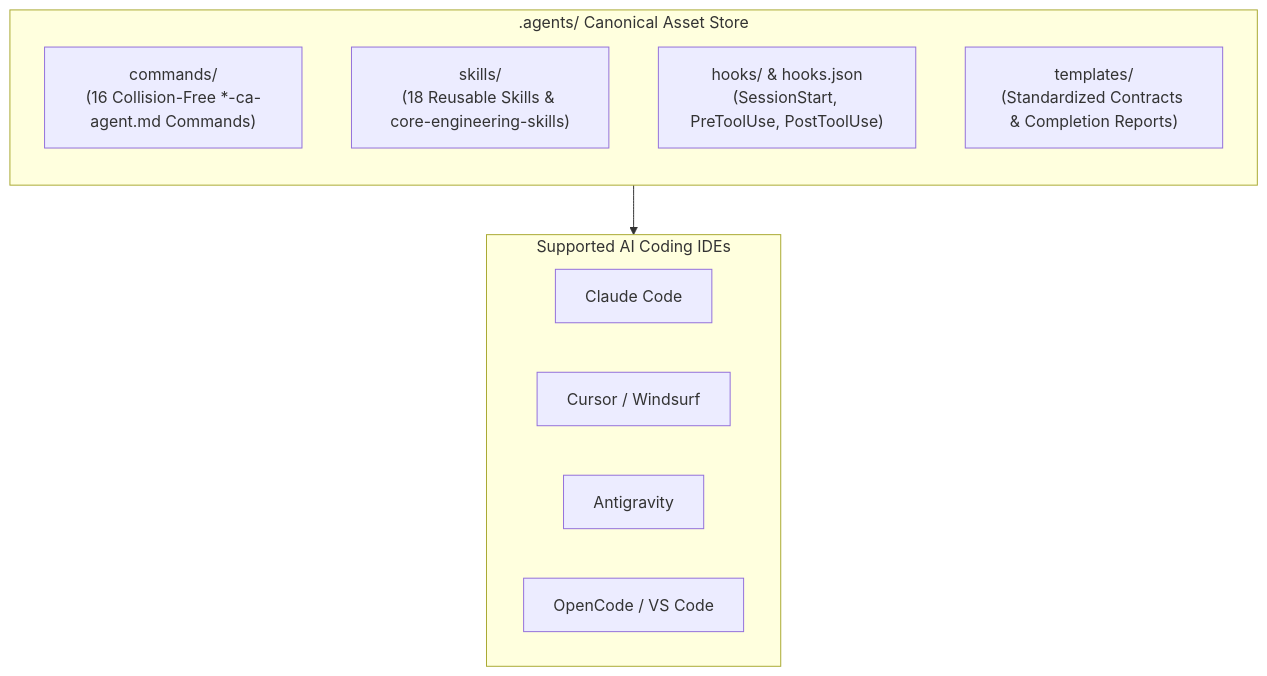
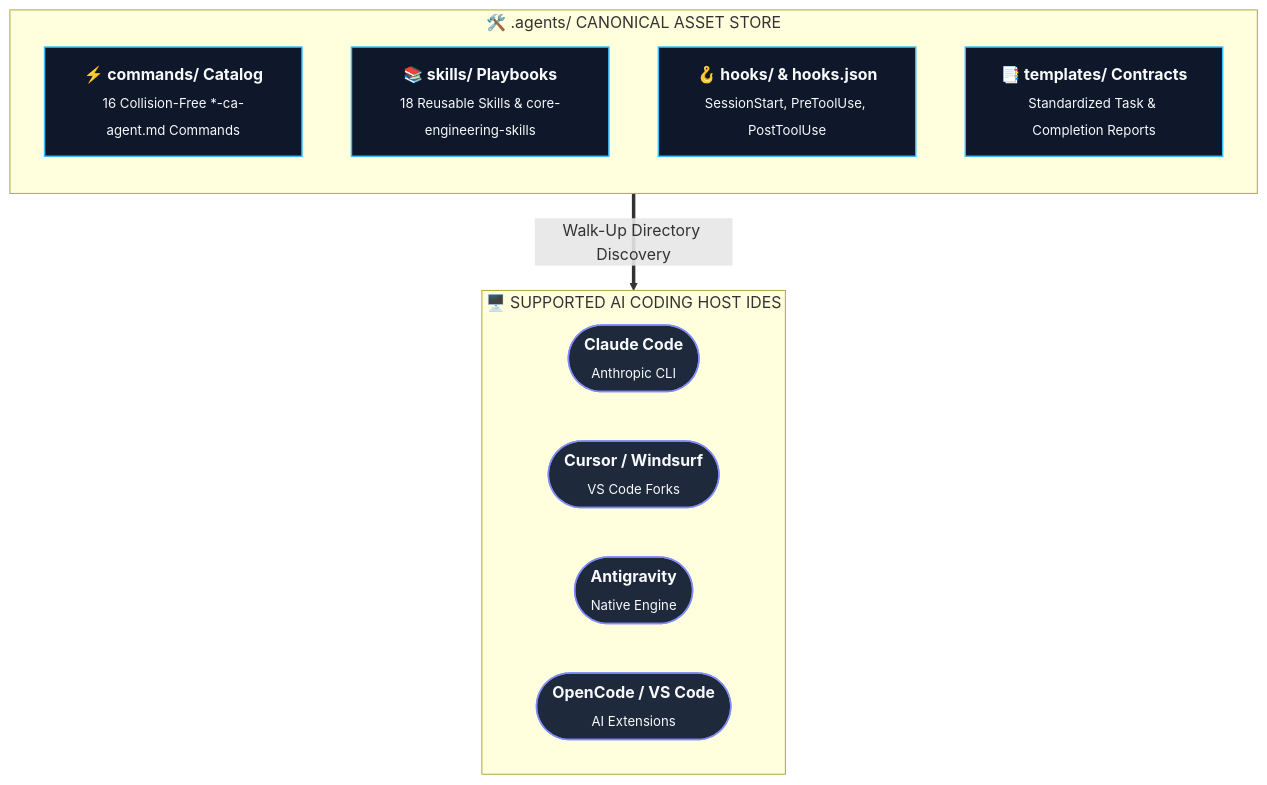
One commit to rmsofficialsyt/Agentic-AI-Vibe-Coding-AND-SDD-TDD-Codebase-Chandan-Adhikary changed the first of 2 diagrams in SDD-TDD-Chandan-Adhikary/Spec-Driven-Development/.agents/README.md. Above: the diagram before and after it, drawn with Mermaid. The commit also changed other lines of this file and 23 other files, not shown here.

Commit message:
docs: redesign diagrams to Eraser.io visual style and regenerate MANIFEST.json

````diff
--- a/SDD-TDD-Chandan-Adhikary/Spec-Driven-Development/.agents/README.md
+++ b/SDD-TDD-Chandan-Adhikary/Spec-Driven-Development/.agents/README.md
@@ -28,20 +28,23 @@
 ```mermaid
 flowchart TD
-    subgraph AgentsRoot [".agents/ Canonical Asset Store"]
+    classDef asset fill:#0f172a,stroke:#38bdf8,stroke-width:1.5px,color:#f8fafc;
+    classDef ide fill:#1e293b,stroke:#818cf8,stroke-width:1.5px,color:#f8fafc;
+
+    subgraph AgentsRoot ["🛠️ .agents/ CANONICAL ASSET STORE"]
         direction TB
-        Commands["commands/<br/>(16 Collision-Free *-ca-agent.md Commands)"]
-        Skills["skills/<br/>(18 Reusable Skills & core-engineering-skills)"]
-        Hooks["hooks/ & hooks.json<br/>(SessionStart, PreToolUse, PostToolUse)"]
-        Templates["templates/<br/>(Standardized Contracts & Completion Reports)"]
+        Commands["<b>⚡ commands/ Catalog</b><br/><sub>16 Collision-Free *-ca-agent.md Commands</sub>"]:::asset
+        Skills["<b>📚 skills/ Playbooks</b><br/><sub>18 Reusable Skills & core-engineering-skills</sub>"]:::asset
+        Hooks["<b>🪝 hooks/ & hooks.json</b><br/><sub>SessionStart, PreToolUse, PostToolUse</sub>"]:::asset
+        Templates["<b>📑 templates/ Contracts</b><br/><sub>Standardized Task & Completion Reports</sub>"]:::asset
     end
 
-    subgraph HostIDEs ["Supported AI Coding IDEs"]
+    subgraph HostIDEs ["🖥️ SUPPORTED AI CODING HOST IDES"]
         direction LR
-        IDE1["Claude Code"]
-        IDE2["Cursor / Windsurf"]
-        IDE3["Antigravity"]
-        IDE4["OpenCode / VS Code"]
+        IDE1(["<b>Claude Code</b><br/><sub>Anthropic CLI</sub>"]):::ide
+        IDE2(["<b>Cursor / Windsurf</b><br/><sub>VS Code Forks</sub>"]):::ide
+        IDE3(["<b>Antigravity</b><br/><sub>Native Engine</sub>"]):::ide
+        IDE4(["<b>OpenCode / VS Code</b><br/><sub>AI Extensions</sub>"]):::ide
     end
 
-    AgentsRoot --> HostIDEs
+    AgentsRoot ==>|"Walk-Up Directory Discovery"| HostIDEs
 ```
````
